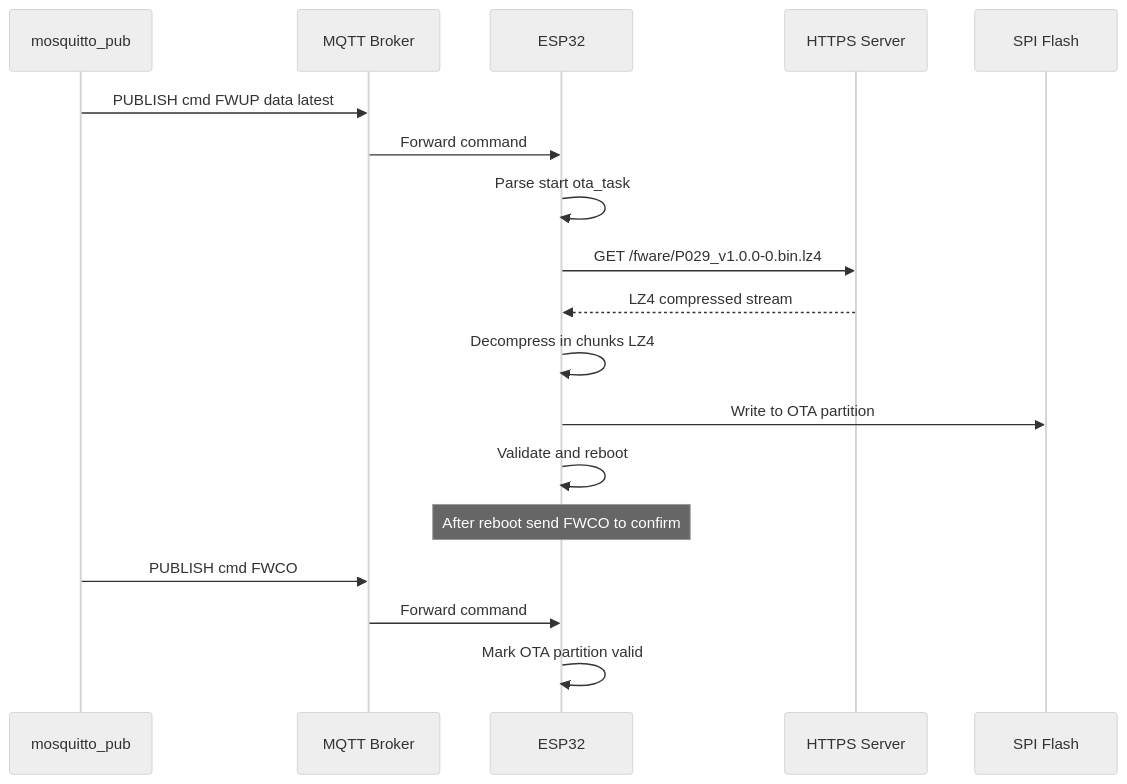
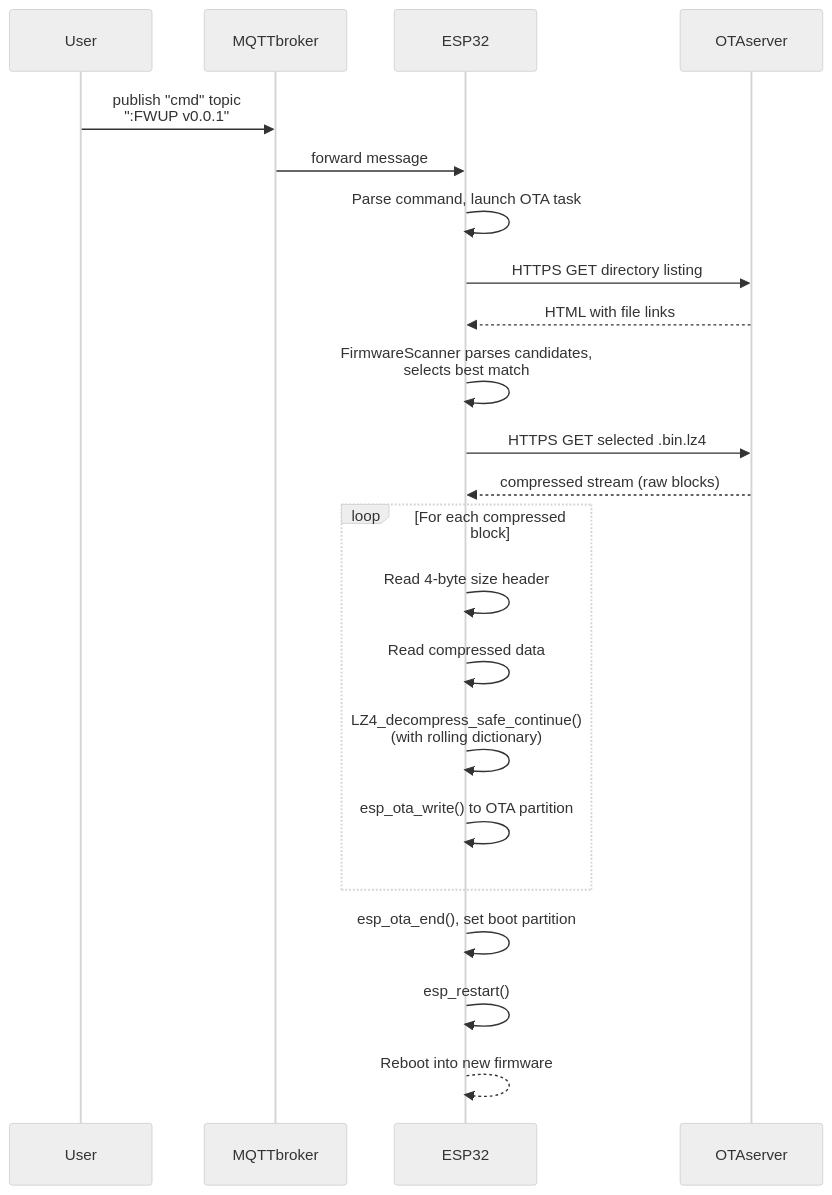
Before and after one commit to edolis/ED_OTA: the diagram in ED_OTA_README.md, drawn with Mermaid (neutral theme). The commit also changed other lines of this file and 9 other files, not shown here.

````diff
--- a/ED_OTA_README.md
+++ b/ED_OTA_README.md
@@ -73,21 +18,25 @@
 ```mermaid
 sequenceDiagram
-    participant Client as mosquitto_pub
-    participant Broker as MQTT Broker
-    participant Device as ESP32
-    participant HTTPServer as HTTPS Server
-    participant Flash as SPI Flash
+    participant User
+    participant MQTTbroker
+    participant ESP32
+    participant OTAserver
 
-    Client->>Broker: PUBLISH cmd FWUP data latest
-    Broker->>Device: Forward command
-    Device->>Device: Parse start ota_task
-    Device->>HTTPServer: GET /fware/P029_v1.0.0-0.bin.lz4
-    HTTPServer-->>Device: LZ4 compressed stream
-    Device->>Device: Decompress in chunks LZ4
-    Device->>Flash: Write to OTA partition
-    Device->>Device: Validate and reboot
-    Note over Device: After reboot send FWCO to confirm
-    Client->>Broker: PUBLISH cmd FWCO
-    Broker->>Device: Forward command
-    Device->>Device: Mark OTA partition valid
+    User->>MQTTbroker: publish "cmd" topic<br/>":FWUP v0.0.1"
+    MQTTbroker->>ESP32: forward message
+    ESP32->>ESP32: Parse command, launch OTA task
+    ESP32->>OTAserver: HTTPS GET directory listing
+    OTAserver-->>ESP32: HTML with file links
+    ESP32->>ESP32: FirmwareScanner parses candidates,<br/>selects best match
+    ESP32->>OTAserver: HTTPS GET selected .bin.lz4
+    OTAserver-->>ESP32: compressed stream (raw blocks)
+    loop For each compressed block
+        ESP32->>ESP32: Read 4‑byte size header
+        ESP32->>ESP32: Read compressed data
+        ESP32->>ESP32: LZ4_decompress_safe_continue()<br/>(with rolling dictionary)
+        ESP32->>ESP32: esp_ota_write() to OTA partition
+    end
+    ESP32->>ESP32: esp_ota_end(), set boot partition
+    ESP32->>ESP32: esp_restart()
+    ESP32-->>ESP32: Reboot into new firmware
 ```
````
